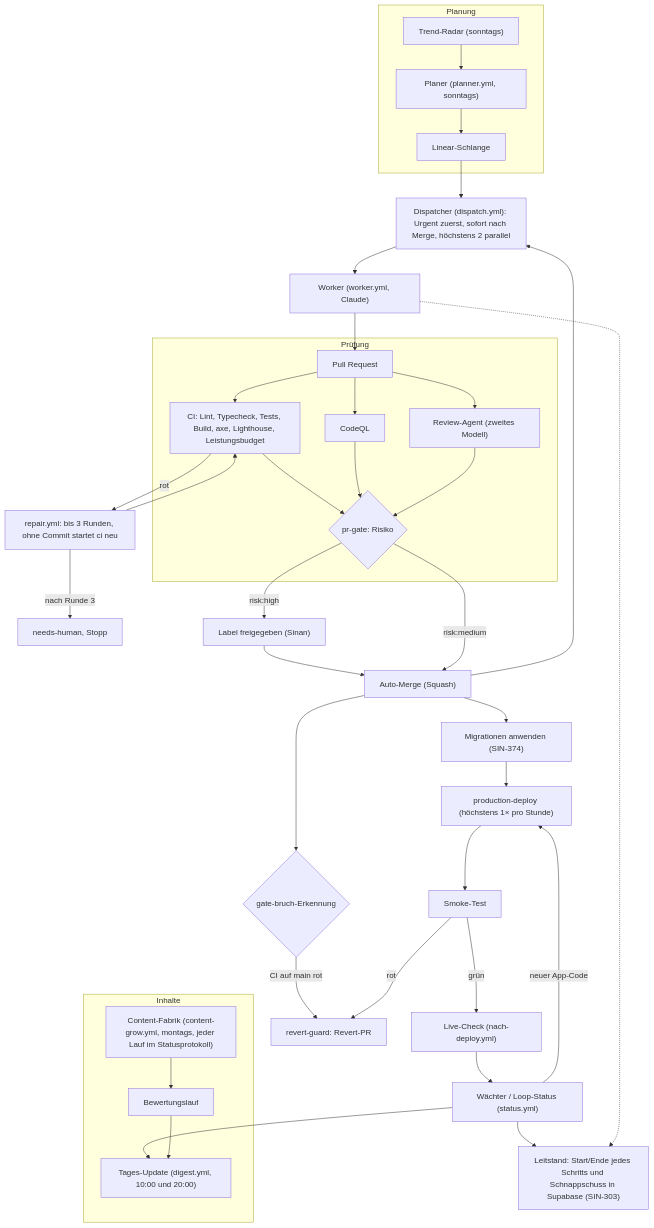
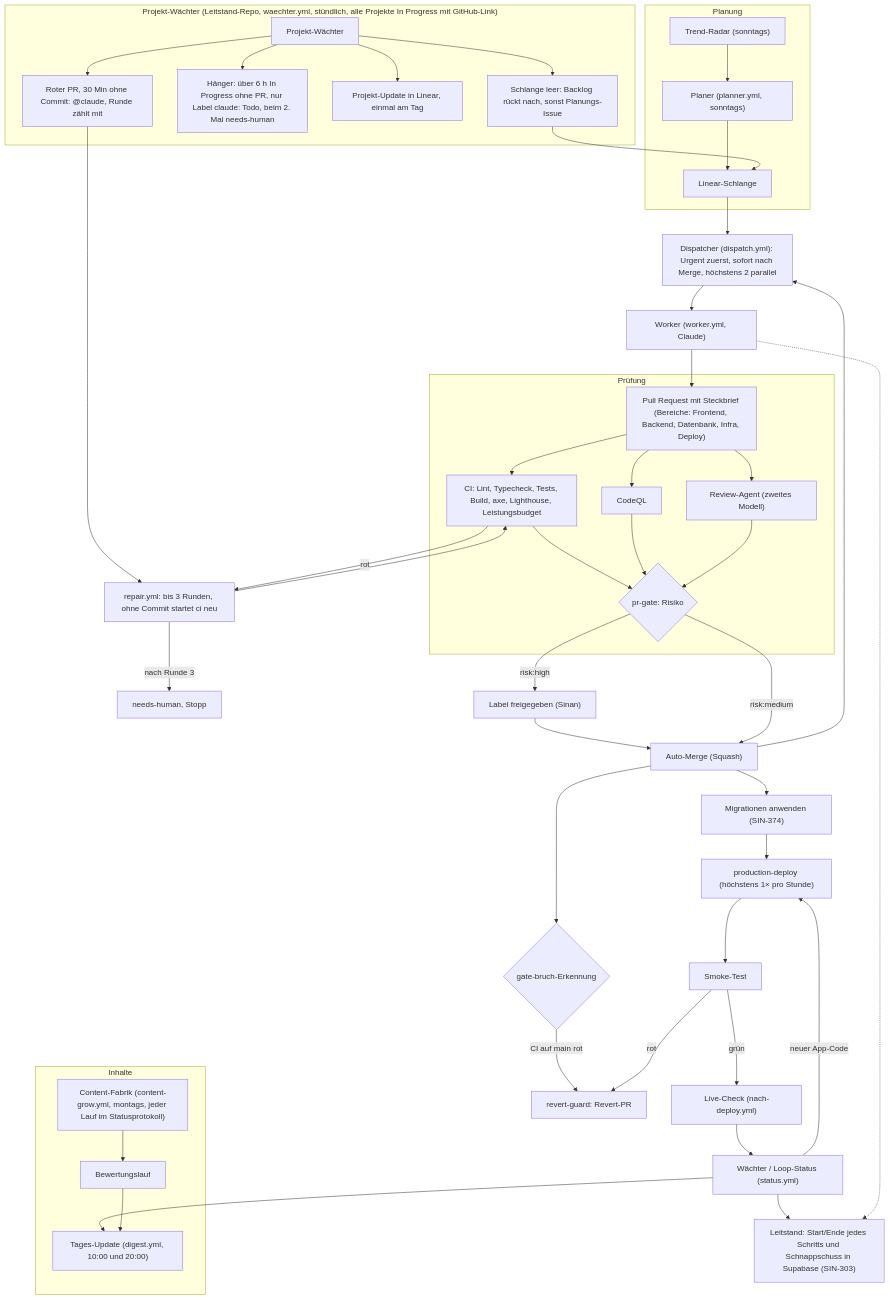
Before and after one commit to siinanXD/Content-Agent-Lernapp: the diagram in docs/diagramme/pipeline.mmd, drawn with Mermaid. The commit also changed 1 other file, not shown here.

Commit message:
docs(diagramme): Projekt-Wächter und Bereiche im Pipeline-Ablauf (SIN-419) (#235)

```diff
--- a/docs/diagramme/pipeline.mmd
+++ b/docs/diagramme/pipeline.mmd
@@ -1,41 +1,49 @@
-%% Pipeline-Ablauf des Loops, Stand main 08.10. (SIN-376). Quelle für das FigJam-Board „Pipeline-Ablauf“.
+%% Pipeline-Ablauf des Loops, Stand main 09.10. (SIN-376). Quelle für das FigJam-Board „Pipeline-Ablauf“.
 %% Ändern sich .github/workflows/ oder scripts/autonomy/, diese Datei im selben PR anpassen.
 flowchart TD
   subgraph Planung
     Radar["Trend-Radar (sonntags)"] --> Planer
     Planer["Planer (planner.yml, sonntags)"] --> Schlange["Linear-Schlange"]
   end
   Schlange --> Dispatcher["Dispatcher (dispatch.yml): Urgent zuerst, sofort nach Merge, höchstens 2 parallel"]
   Dispatcher --> Worker["Worker (worker.yml, Claude)"]
-  Worker --> PR["Pull Request"]
+  Worker --> PR["Pull Request mit Steckbrief (Bereiche: Frontend, Backend, Datenbank, Infra, Deploy)"]
   subgraph Prüfung
     PR --> CI["CI: Lint, Typecheck, Tests, Build, axe, Lighthouse, Leistungsbudget"]
     PR --> CodeQL["CodeQL"]
     PR --> Review["Review-Agent (zweites Modell)"]
     CI --> Gate{"pr-gate: Risiko"}
     CodeQL --> Gate
     Review --> Gate
   end
   CI -- rot --> Repair["repair.yml: bis 3 Runden, ohne Commit startet ci neu"]
   Repair --> CI
   Repair -- "nach Runde 3" --> Mensch["needs-human, Stopp"]
   Gate -- "risk:high" --> Freigabe["Label freigegeben (Sinan)"]
   Freigabe --> Merge
   Gate -- "risk:medium" --> Merge["Auto-Merge (Squash)"]
   Merge --> Dispatcher
   Merge --> Migr["Migrationen anwenden (SIN-374)"]
   Merge --> Bruch{"gate-bruch-Erkennung"}
   Bruch -- "CI auf main rot" --> Revert["revert-guard: Revert-PR"]
   Migr --> Deploy["production-deploy (höchstens 1× pro Stunde)"]
   Deploy --> Smoke["Smoke-Test"]
   Smoke -- rot --> Revert
   Smoke -- grün --> Live["Live-Check (nach-deploy.yml)"]
   Live --> Waechter["Wächter / Loop-Status (status.yml)"]
   Waechter -- "neuer App-Code" --> Deploy
   Waechter --> Update["Tages-Update (digest.yml, 10:00 und 20:00)"]
   Waechter --> Leitstand["Leitstand: Start/Ende jedes Schritts und Schnappschuss in Supabase (SIN-303)"]
   Worker -.-> Leitstand
+  subgraph Projektwaechter["Projekt-Wächter (Leitstand-Repo, waechter.yml, stündlich, alle Projekte In Progress mit GitHub-Link)"]
+    PW["Projekt-Wächter"] --> PWS["Schlange leer: Backlog rückt nach, sonst Planungs-Issue"]
+    PW --> PWH["Hänger: über 6 h In Progress ohne PR, nur Label claude: Todo, beim 2. Mal needs-human"]
+    PW --> PWU["Projekt-Update in Linear, einmal am Tag"]
+    PW --> PWR["Roter PR, 30 Min ohne Commit: @claude, Runde zählt mit"]
+  end
+  PWS --> Schlange
+  PWR --> Repair
   subgraph Inhalte
     Fabrik["Content-Fabrik (content-grow.yml, montags, jeder Lauf im Statusprotokoll)"] --> Bewertung["Bewertungslauf"]
     Bewertung --> Update
   end
```
